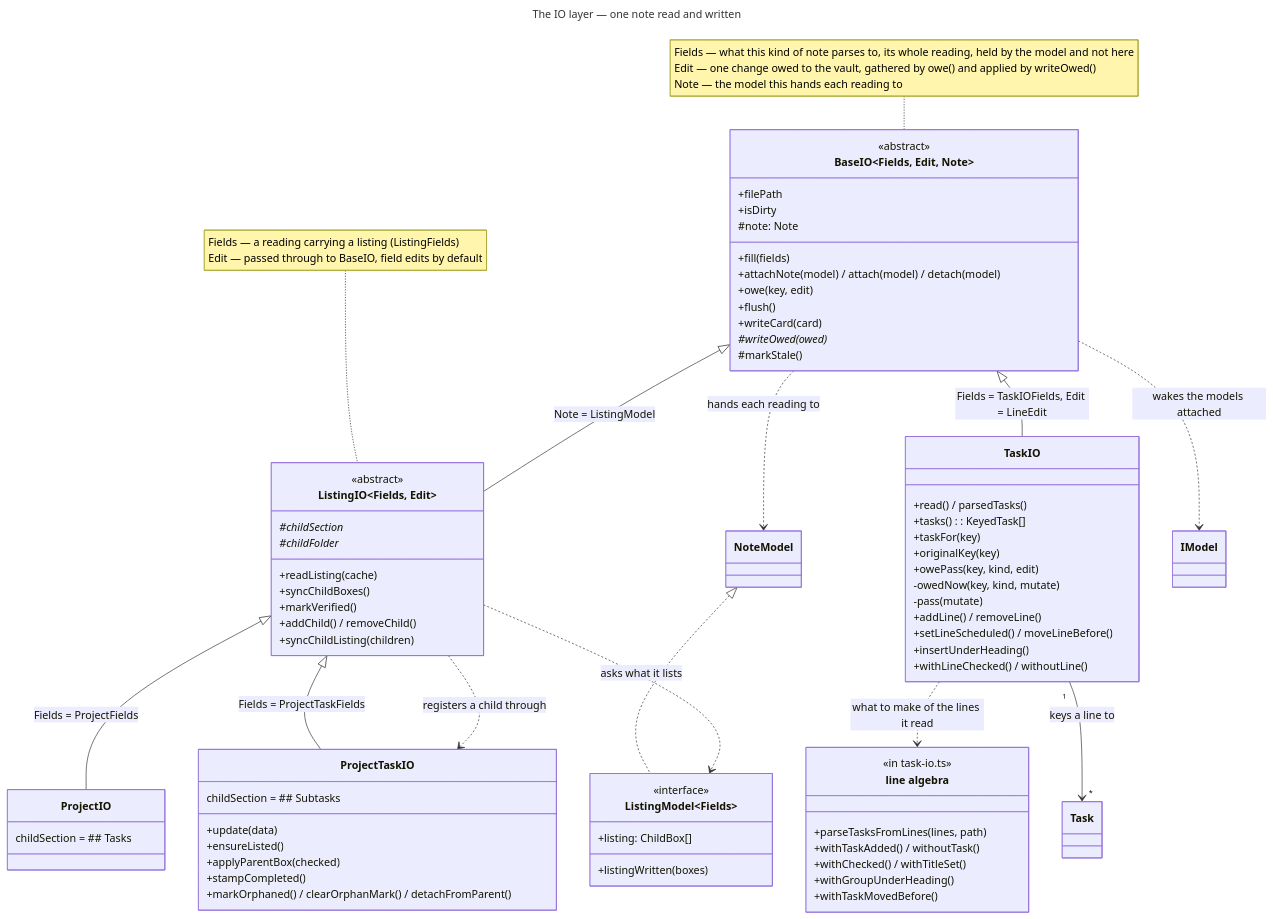
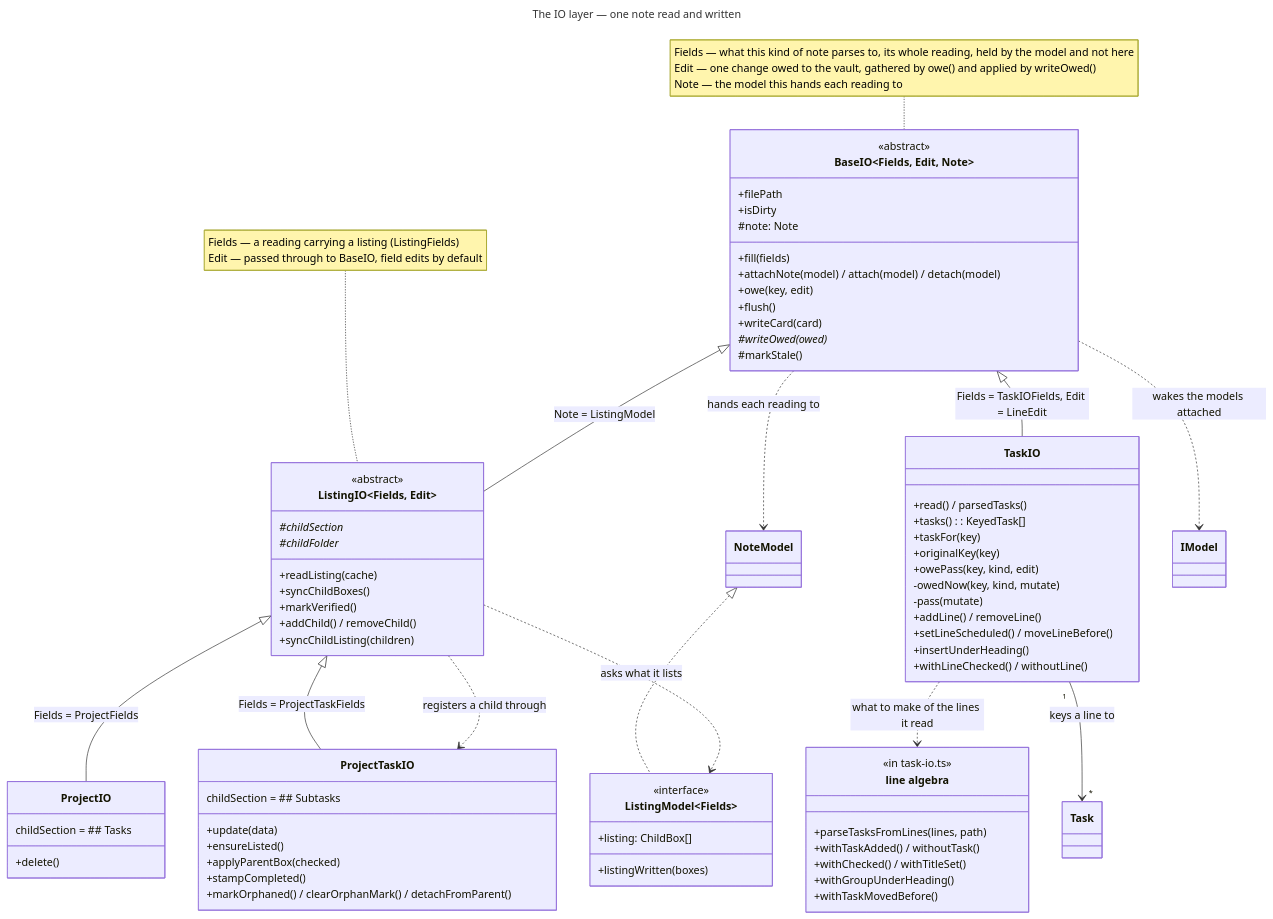
Before and after one commit to Laurent-Ferier/pm-compass: the diagram in docs/technical/diagrams/io.mmd, drawn with Mermaid. The commit also changed 62 other files, not shown here.

First line of the commit message:
feat: a project is made, deleted and given an icon from the graph

```diff
--- a/docs/technical/diagrams/io.mmd
+++ b/docs/technical/diagrams/io.mmd
@@ -1,89 +1,90 @@
 ---
 title: The IO layer — one note read and written
 ---
 classDiagram
   direction TB
 
   class BaseIO~Fields, Edit, Note~ {
     <<abstract>>
     +filePath
     +fill(fields)
     +attachNote(model) / attach(model) / detach(model)
     +owe(key, edit)
     +flush()
     +writeCard(card)
     +isDirty
     #note: Note
     #writeOwed(owed)*
     #markStale()
   }
 
   class ListingModel~Fields~ {
     <<interface>>
     +listing: ChildBox[]
     +listingWritten(boxes)
   }
 
   class ListingIO~Fields, Edit~ {
     <<abstract>>
     +readListing(cache)
     +syncChildBoxes()
     +markVerified()
     +addChild() / removeChild()
     +syncChildListing(children)
     #childSection*
     #childFolder*
   }
 
   class ProjectIO {
+    +delete()
     childSection = ## Tasks
   }
 
   class ProjectTaskIO {
     +update(data)
     +ensureListed()
     +applyParentBox(checked)
     +stampCompleted()
     +markOrphaned() / clearOrphanMark() / detachFromParent()
     childSection = ## Subtasks
   }
 
   class TaskIO {
     +read() / parsedTasks()
     +tasks(): KeyedTask[]
     +taskFor(key)
     +originalKey(key)
     +owePass(key, kind, edit)
     -owedNow(key, kind, mutate)
     -pass(mutate)
     +addLine() / removeLine()
     +setLineScheduled() / moveLineBefore()
     +insertUnderHeading()
     +withLineChecked() / withoutLine()
   }
 
   class lineAlgebra["line algebra"] {
     <<in task-io.ts>>
     +parseTasksFromLines(lines, path)
     +withTaskAdded() / withoutTask()
     +withChecked() / withTitleSet()
     +withGroupUnderHeading()
     +withTaskMovedBefore()
   }
 
   note for BaseIO "Fields — what this kind of note parses to, its whole reading, held by the model and not here<br/>Edit — one change owed to the vault, gathered by owe() and applied by writeOwed()<br/>Note — the model this hands each reading to"
 
   note for ListingIO "Fields — a reading carrying a listing (ListingFields)<br/>Edit — passed through to BaseIO, field edits by default"
 
   BaseIO <|-- ListingIO : Note = ListingModel
   BaseIO <|-- TaskIO : Fields = TaskIOFields, Edit = LineEdit
   ListingIO <|-- ProjectIO : Fields = ProjectFields
   ListingIO <|-- ProjectTaskIO : Fields = ProjectTaskFields
 
   BaseIO ..> NoteModel : hands each reading to
   BaseIO ..> IModel : wakes the models attached
   NoteModel <|.. ListingModel
   ListingIO ..> ListingModel : asks what it lists
   ListingIO ..> ProjectTaskIO : registers a child through
   TaskIO ..> lineAlgebra : what to make of the lines it read
   TaskIO "1" --> "*" Task : keys a line to
```
